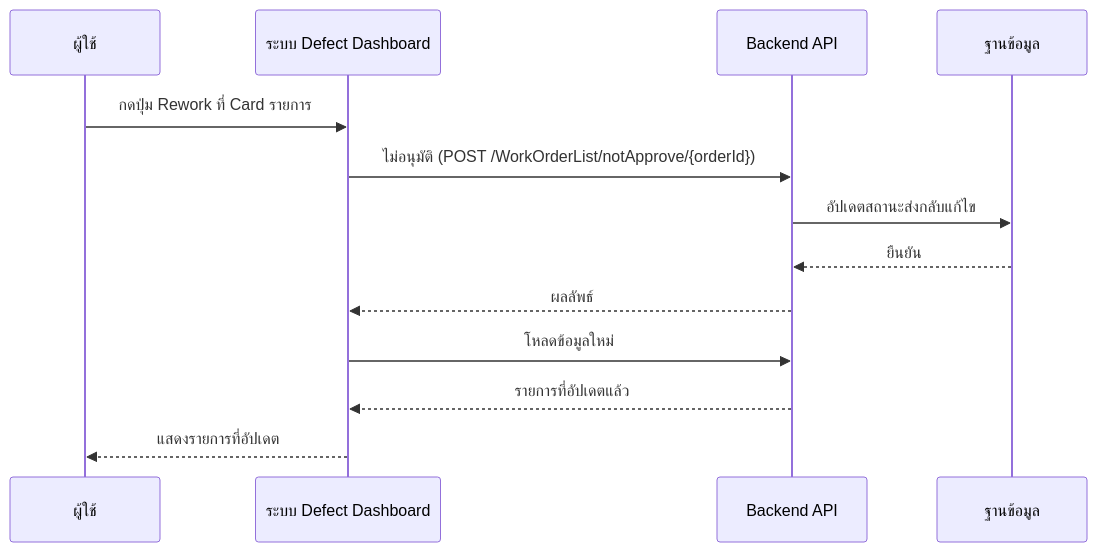
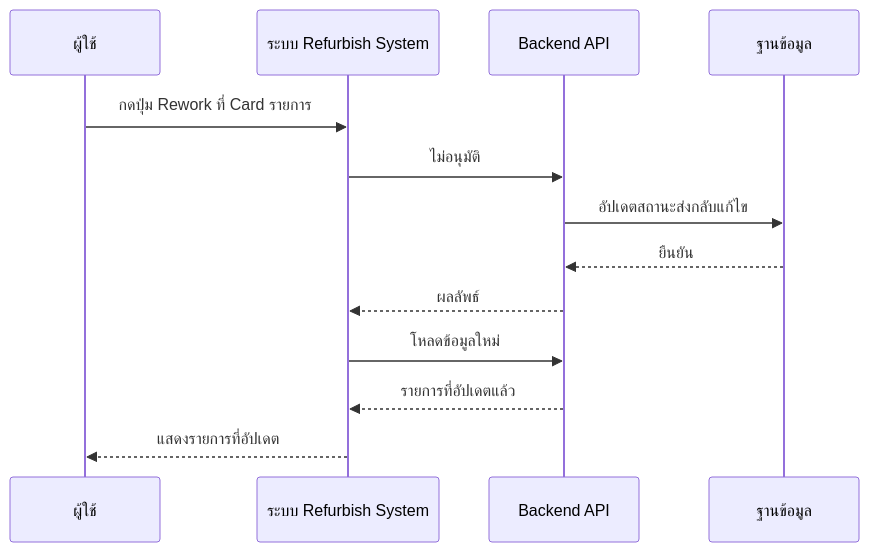
The fifth of 5 diagrams in docs/DefectDashboard_SequenceDiagram.md (akkdach/pro-iot-mobile), drawn with Mermaid before and after one commit. The commit also changed other lines of this file and 2 other files, not shown here.

````diff
--- a/docs/DefectDashboard_SequenceDiagram.md
+++ b/docs/DefectDashboard_SequenceDiagram.md
@@ -74,16 +74,16 @@
 ```mermaid
 sequenceDiagram
     participant U as ผู้ใช้
-    participant DD as ระบบ Defect Dashboard
+    participant DD as ระบบ Refurbish System
     participant API as Backend API
     participant DB as ฐานข้อมูล
 
     U->>DD: กดปุ่ม Rework ที่ Card รายการ
-    DD->>API: ไม่อนุมัติ (POST /WorkOrderList/notApprove/{orderId})
+    DD->>API: ไม่อนุมัติ 
     API->>DB: อัปเดตสถานะส่งกลับแก้ไข
     DB-->>API: ยืนยัน
     API-->>DD: ผลลัพธ์
     DD->>API: โหลดข้อมูลใหม่
     API-->>DD: รายการที่อัปเดตแล้ว
     DD-->>U: แสดงรายการที่อัปเดต
 ```
````
